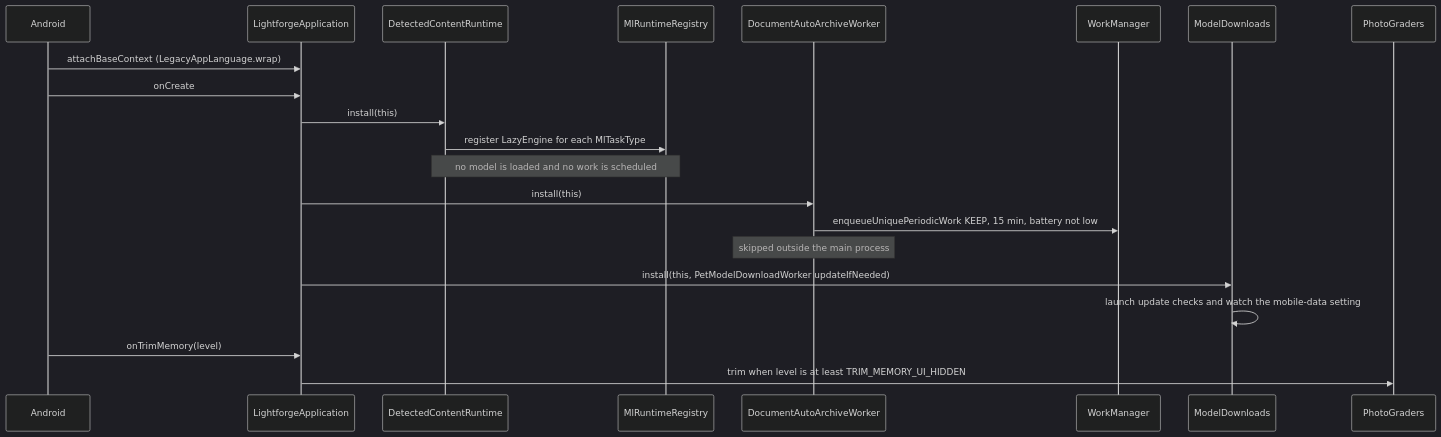
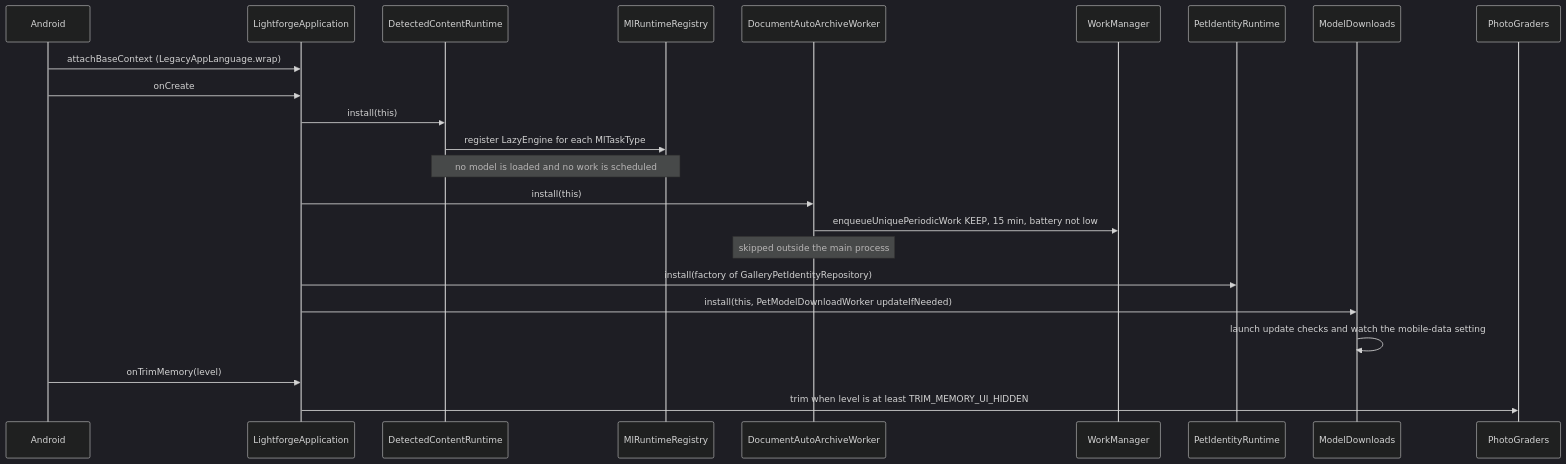
The first of 3 diagrams in docs/flows/app-startup.md (LibreStatic/lightforge), drawn with Mermaid (dark theme) before and after one commit. The commit also changed other lines of this file and 20 other files, not shown here.

First line of the commit message:
docs(adr): amend ADRs to match the code and refresh sync flows

````diff
--- a/docs/flows/app-startup.md
+++ b/docs/flows/app-startup.md
@@ -23,23 +25,25 @@
 ```mermaid
 sequenceDiagram
     participant OS as Android
     participant App as LightforgeApplication
     participant DCR as DetectedContentRuntime
     participant Reg as MlRuntimeRegistry
     participant DAW as DocumentAutoArchiveWorker
     participant WM as WorkManager
+    participant PIR as PetIdentityRuntime
     participant MD as ModelDownloads
     participant PG as PhotoGraders
     OS->>App: attachBaseContext (LegacyAppLanguage.wrap)
     OS->>App: onCreate
     App->>DCR: install(this)
     DCR->>Reg: register LazyEngine for each MlTaskType
     Note over DCR,Reg: no model is loaded and no work is scheduled
     App->>DAW: install(this)
     DAW->>WM: enqueueUniquePeriodicWork KEEP, 15 min, battery not low
     Note over DAW: skipped outside the main process
+    App->>PIR: install(factory of GalleryPetIdentityRepository)
     App->>MD: install(this, PetModelDownloadWorker updateIfNeeded)
     MD->>MD: launch update checks and watch the mobile-data setting
     OS->>App: onTrimMemory(level)
     App->>PG: trim when level is at least TRIM_MEMORY_UI_HIDDEN
 ```
````
